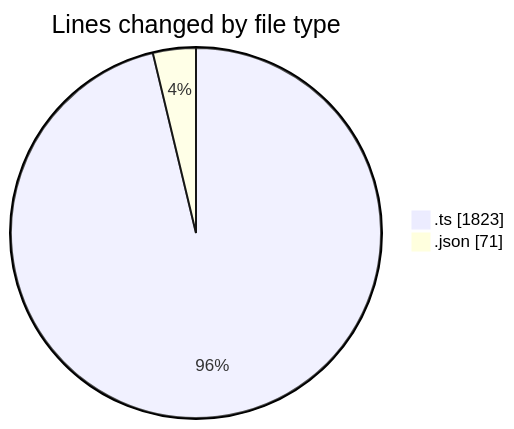
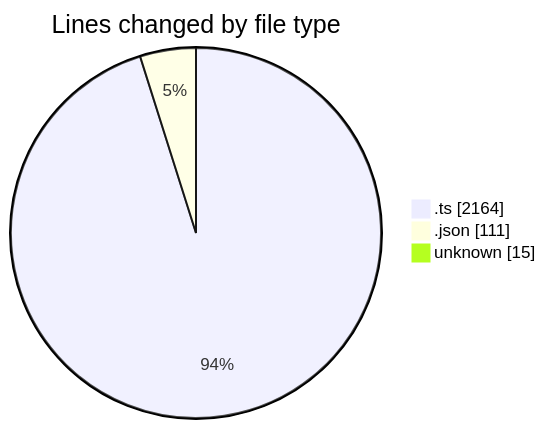
One commit to lephambinh05/code-tracking changed the first of 2 diagrams in 2025-09-13/hiai-phf/README.md. Above: the diagram before and after it, drawn with Mermaid. The commit also changed other lines of this file and 1 other file, not shown here.

````diff
--- a/2025-09-13/hiai-phf/README.md
+++ b/2025-09-13/hiai-phf/README.md
@@ -27,6 +29,7 @@
 ```mermaid
 pie showData
 title Lines changed by file type
-".ts" : 1823
-".json" : 71
+".ts" : 2164
+".json" : 111
+"unknown" : 15
 ```
````
